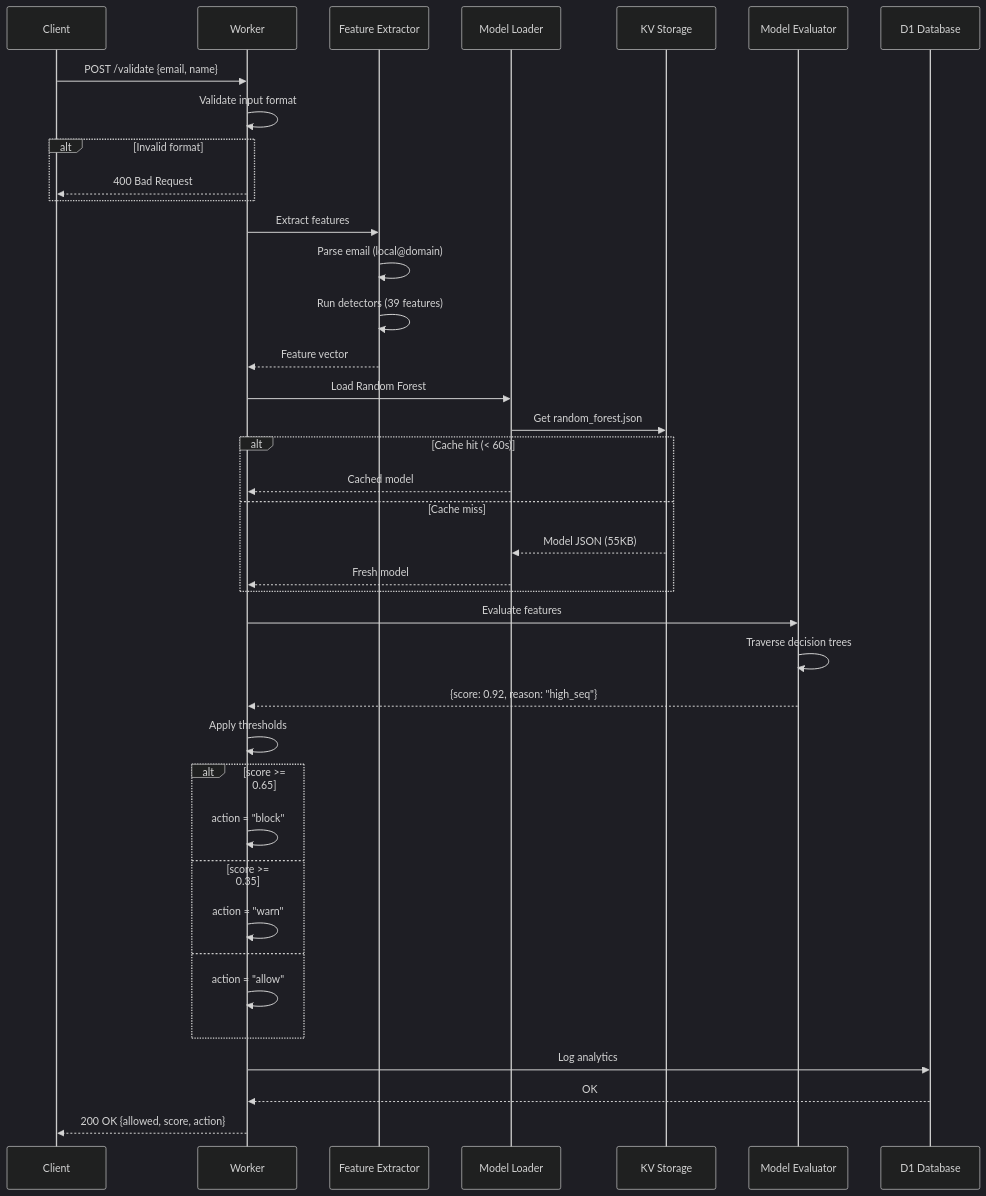
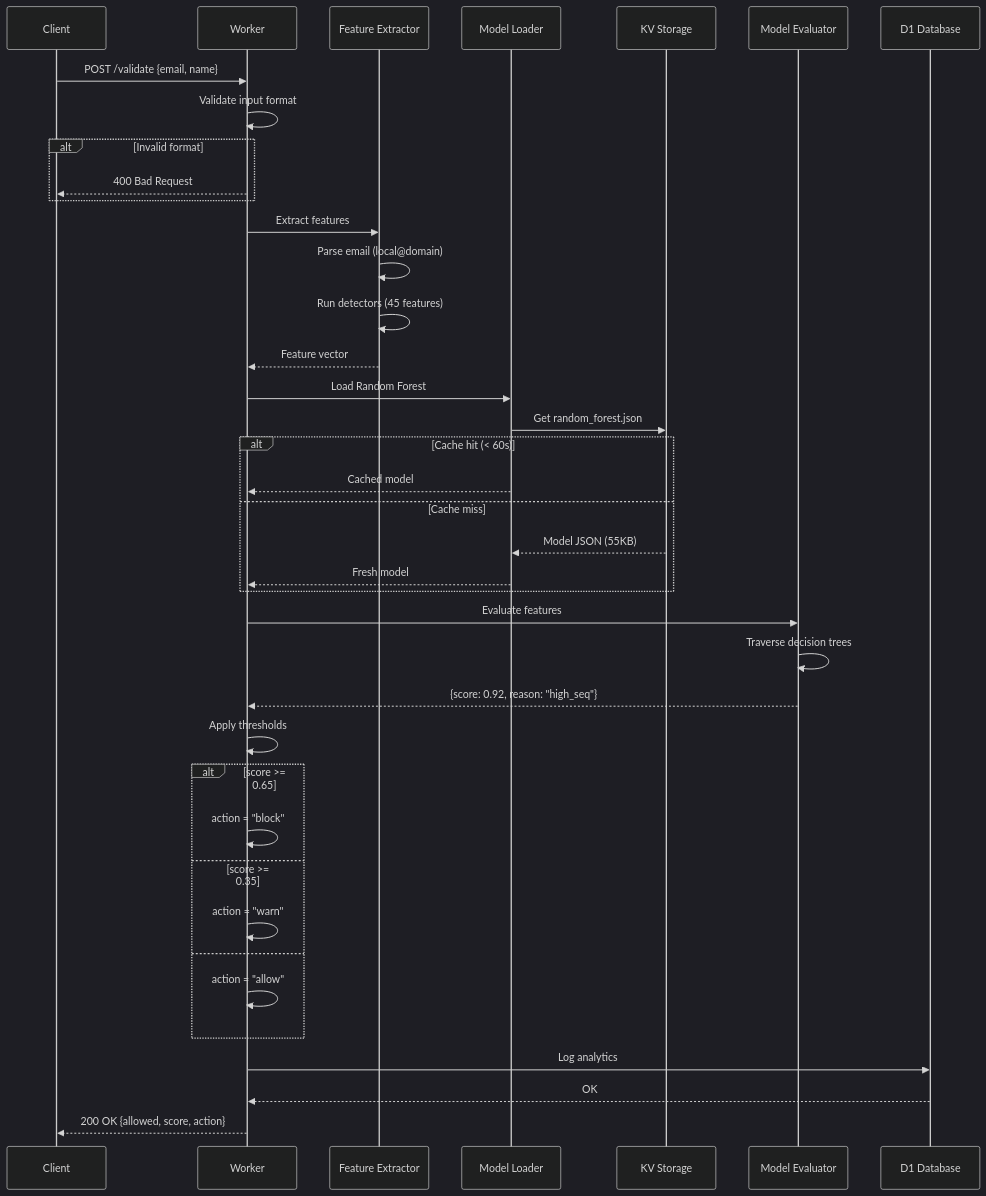
Before and after one commit to erfianugrah/markov-mail: the second of 7 diagrams in docs/ARCHITECTURE.md, drawn with Mermaid (dark theme). The commit also changed other lines of this file and 21 other files, not shown here.

````diff
--- a/docs/ARCHITECTURE.md
+++ b/docs/ARCHITECTURE.md
@@ -107,49 +107,49 @@
 ```mermaid
 sequenceDiagram
     participant Client
     participant Worker
     participant FeatureExtractor as Feature Extractor
     participant ModelLoader as Model Loader
     participant KV as KV Storage
     participant ModelEval as Model Evaluator
     participant D1 as D1 Database
 
     Client->>Worker: POST /validate {email, name}
 
     Worker->>Worker: Validate input format
     alt Invalid format
         Worker-->>Client: 400 Bad Request
     end
 
     Worker->>FeatureExtractor: Extract features
     FeatureExtractor->>FeatureExtractor: Parse email (local@domain)
-    FeatureExtractor->>FeatureExtractor: Run detectors (39 features)
+    FeatureExtractor->>FeatureExtractor: Run detectors (45 features)
     FeatureExtractor-->>Worker: Feature vector
 
     Worker->>ModelLoader: Load Random Forest
     ModelLoader->>KV: Get random_forest.json
     alt Cache hit (< 60s)
         ModelLoader-->>Worker: Cached model
     else Cache miss
         KV-->>ModelLoader: Model JSON (55KB)
         ModelLoader-->>Worker: Fresh model
     end
 
     Worker->>ModelEval: Evaluate features
     ModelEval->>ModelEval: Traverse decision trees
     ModelEval-->>Worker: {score: 0.92, reason: "high_seq"}
 
     Worker->>Worker: Apply thresholds
     alt score >= 0.65
         Worker->>Worker: action = "block"
     else score >= 0.35
         Worker->>Worker: action = "warn"
     else
         Worker->>Worker: action = "allow"
     end
 
     Worker->>D1: Log analytics
     D1-->>Worker: OK
 
     Worker-->>Client: 200 OK {allowed, score, action}
 ```
````
